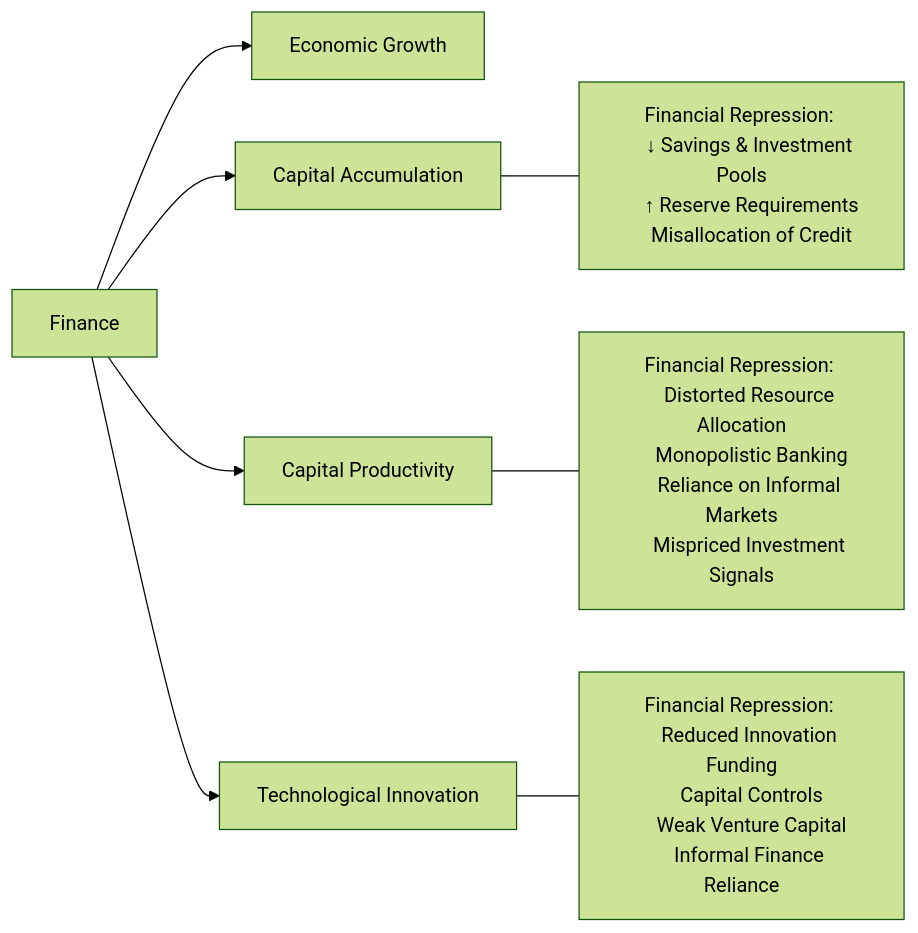
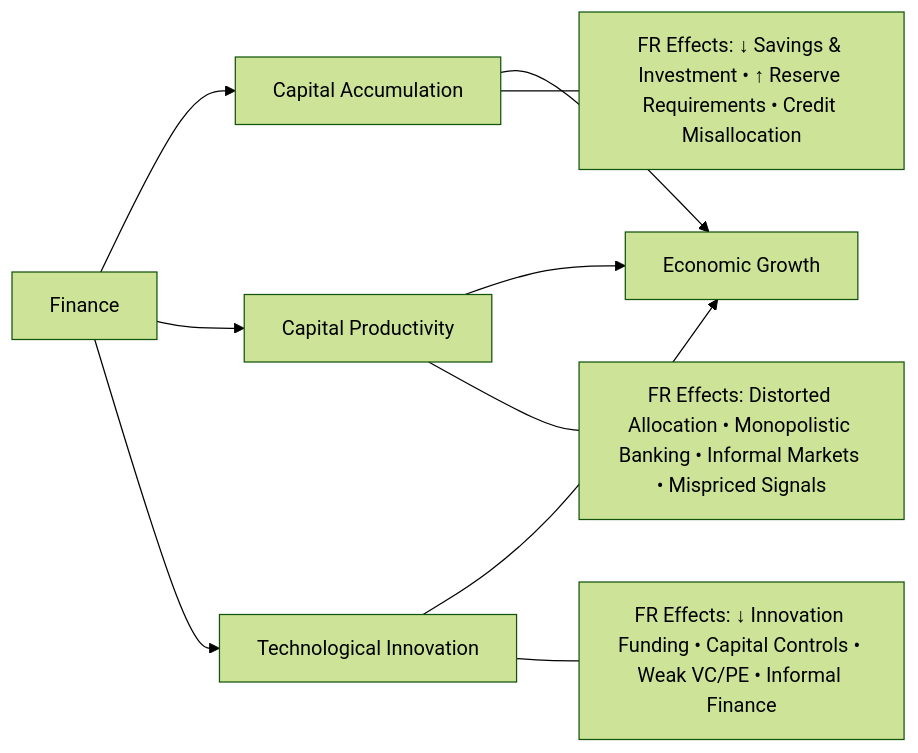
Before and after one commit to Aboutorabi/FR-FD-Gr.md: the diagram in FR-FD&Gr.md, drawn with Mermaid (forest theme).

````diff
--- a/FR-FD&Gr.md
+++ b/FR-FD&Gr.md
@@ -1,26 +1,25 @@
 ```mermaid
 flowchart LR
-    F["Finance"] --> G["Economic Growth"]
+    F["Finance"]
 
-    F --> A["Capital Accumulation"]
-    F --> B["Capital Productivity"]
-    F --> C["Technological Innovation"]
+    %% Channels
+    A["Capital Accumulation"]
+    B["Capital Productivity"]
+    C["Technological Innovation"]
 
-    A --- A_sub["Financial Repression: 
-    ↓ Savings & Investment Pools
-    ↑ Reserve Requirements
-    Misallocation of Credit"]
+    %% Subtitles (Financial Repression Effects)
+    A_sub["FR Effects: ↓ Savings & Investment • ↑ Reserve Requirements • Credit Misallocation"]
+    B_sub["FR Effects: Distorted Allocation • Monopolistic Banking • Informal Markets • Mispriced Signals"]
+    C_sub["FR Effects: ↓ Innovation Funding • Capital Controls • Weak VC/PE • Informal Finance"]
 
-    B --- B_sub["Financial Repression: 
-    Distorted Resource Allocation
-    Monopolistic Banking
-    Reliance on Informal Markets
-    Mispriced Investment Signals"]
+    %% Flow connections
+    F --> A --> G["Economic Growth"]
+    F --> B --> G
+    F --> C --> G
 
-    C --- C_sub["Financial Repression: 
-    Reduced Innovation Funding
-    Capital Controls
-    Weak Venture Capital
-    Informal Finance Reliance"]
+    %% Sub connections
+    A --- A_sub
+    B --- B_sub
+    C --- C_sub
 
 ```
````
